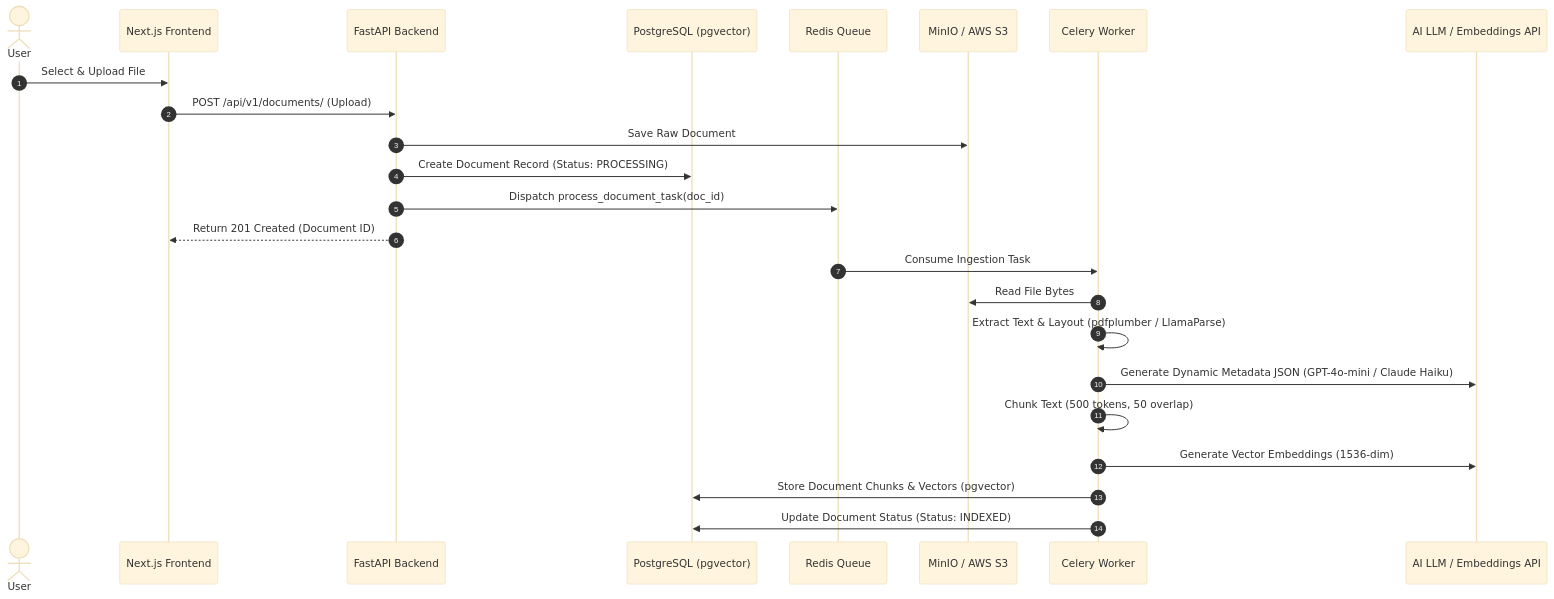
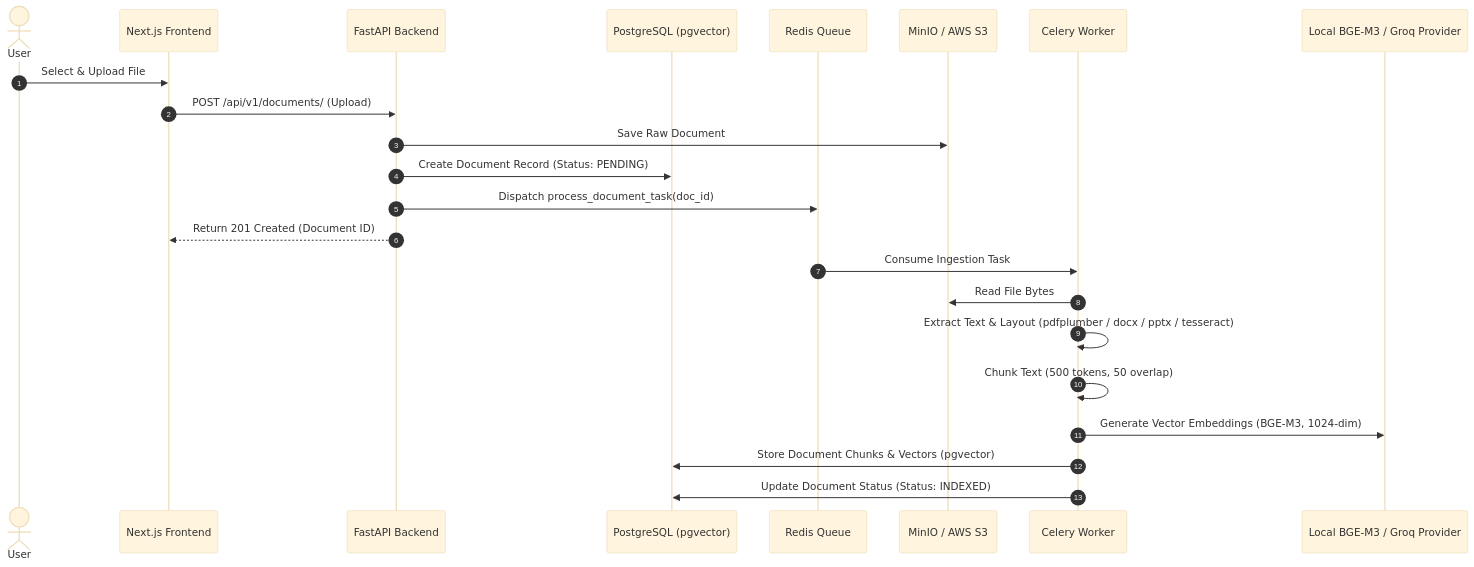
Before and after one commit to gaurav-chaudhari-sdms-493/DMS: the first of 2 diagrams in docs/SYSTEM_ARCHITECTURE.md, drawn with Mermaid (base theme). The commit also changed other lines of this file and 53 other files, not shown here.

````diff
--- a/docs/SYSTEM_ARCHITECTURE.md
+++ b/docs/SYSTEM_ARCHITECTURE.md
@@ -106,28 +106,27 @@
 ```mermaid
 sequenceDiagram
     autonumber
     actor User
     participant Frontend as Next.js Frontend
     participant API as FastAPI Backend
     participant DB as PostgreSQL (pgvector)
     participant Redis as Redis Queue
     participant S3 as MinIO / AWS S3
     participant Worker as Celery Worker
-    participant LLM as AI LLM / Embeddings API
+    participant LLM as Local BGE-M3 / Groq Provider
 
     User->>Frontend: Select & Upload File
     Frontend->>API: POST /api/v1/documents/ (Upload)
     API->>S3: Save Raw Document
-    API->>DB: Create Document Record (Status: PROCESSING)
+    API->>DB: Create Document Record (Status: PENDING)
     API->>Redis: Dispatch process_document_task(doc_id)
     API-->>Frontend: Return 201 Created (Document ID)
 
     Redis->>Worker: Consume Ingestion Task
     Worker->>S3: Read File Bytes
-    Worker->>Worker: Extract Text & Layout (pdfplumber / LlamaParse)
-    Worker->>LLM: Generate Dynamic Metadata JSON (GPT-4o-mini / Claude Haiku)
+    Worker->>Worker: Extract Text & Layout (pdfplumber / docx / pptx / tesseract)
     Worker->>Worker: Chunk Text (500 tokens, 50 overlap)
-    Worker->>LLM: Generate Vector Embeddings (1536-dim)
+    Worker->>LLM: Generate Vector Embeddings (BGE-M3, 1024-dim)
     Worker->>DB: Store Document Chunks & Vectors (pgvector)
     Worker->>DB: Update Document Status (Status: INDEXED)
 ```
````
